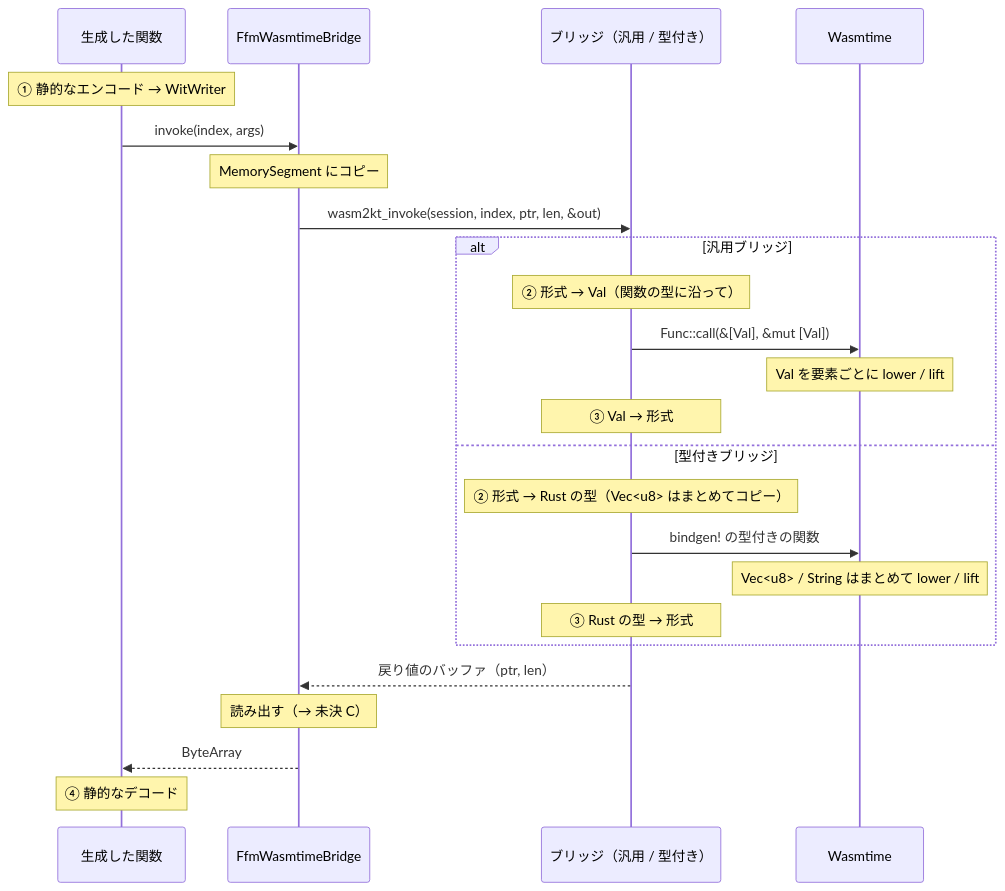
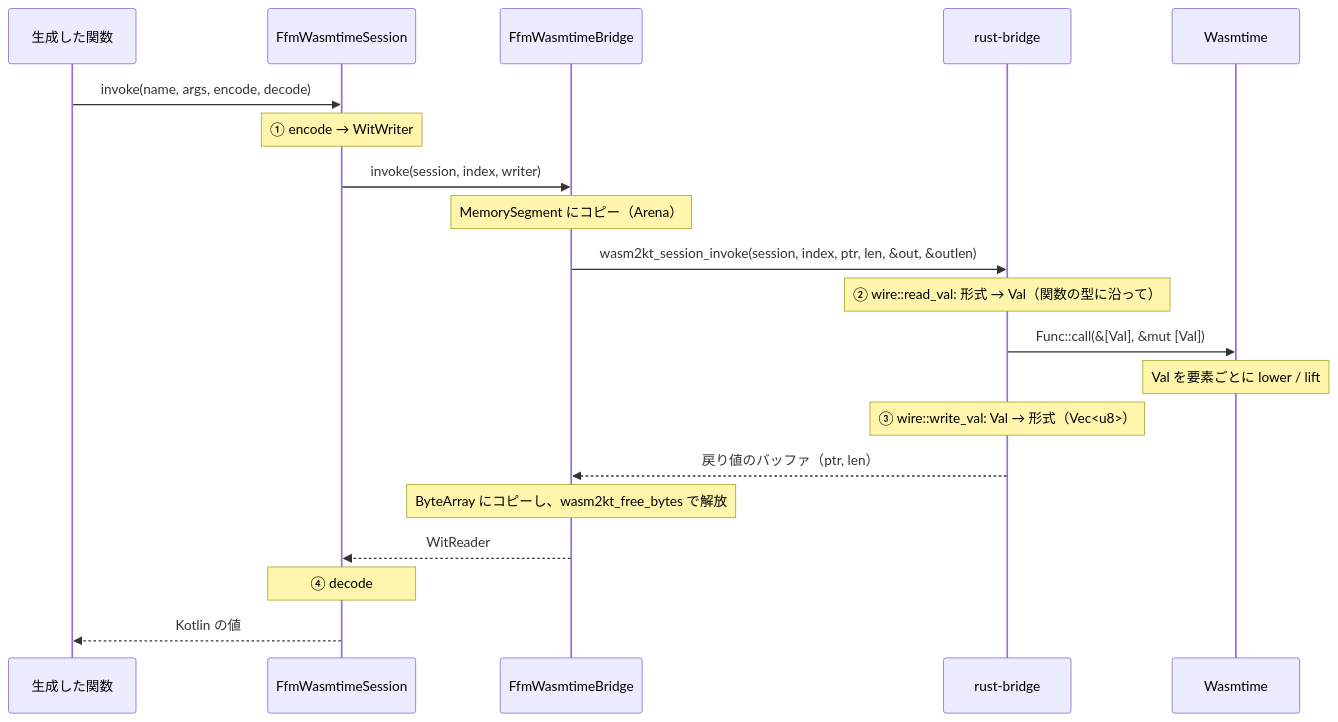
One commit to chikoski/wasm-component-kotlin changed the second of 2 diagrams in docs/call-path.md. Above: the diagram before and after it, drawn with Mermaid. The commit also changed other lines of this file and 44 other files, not shown here.

````diff
--- a/docs/call-path.md
+++ b/docs/call-path.md
@@ -137,26 +53,22 @@
 ```mermaid
 sequenceDiagram
     participant G as 生成した関数
+    participant S as FfmWasmtimeSession
     participant F as FfmWasmtimeBridge
-    participant R as ブリッジ（汎用 / 型付き）
+    participant R as rust-bridge
     participant W as Wasmtime
-    Note over G: ① 静的なエンコード → WitWriter
-    G->>F: invoke(index, args)
-    Note over F: MemorySegment にコピー
-    F->>R: wasm2kt_invoke(session, index, ptr, len, &out)
-    alt 汎用ブリッジ
-        Note over R: ② 形式 → Val（関数の型に沿って）
-        R->>W: Func::call(&[Val], &mut [Val])
-        Note over W: Val を要素ごとに lower / lift
-        Note over R: ③ Val → 形式
-    else 型付きブリッジ
-        Note over R: ② 形式 → Rust の型（Vec<u8> はまとめてコピー）
-        R->>W: bindgen! の型付きの関数
-        Note over W: Vec<u8> / String はまとめて lower / lift
-        Note over R: ③ Rust の型 → 形式
-    end
+    G->>S: invoke(name, args, encode, decode)
+    Note over S: ① encode → WitWriter
+    S->>F: invoke(session, index, writer)
+    Note over F: MemorySegment にコピー（Arena）
+    F->>R: wasm2kt_session_invoke(session, index, ptr, len, &out, &outlen)
+    Note over R: ② wire::read_val: 形式 → Val（関数の型に沿って）
+    R->>W: Func::call(&[Val], &mut [Val])
+    Note over W: Val を要素ごとに lower / lift
+    Note over R: ③ wire::write_val: Val → 形式（Vec<u8>）
     R-->>F: 戻り値のバッファ（ptr, len）
-    Note over F: 読み出す（→ 未決 C）
-    F-->>G: ByteArray
-    Note over G: ④ 静的なデコード
+    Note over F: ByteArray にコピーし、wasm2kt_free_bytes で解放
+    F-->>S: WitReader
+    Note over S: ④ decode
+    S-->>G: Kotlin の値
 ```
````
